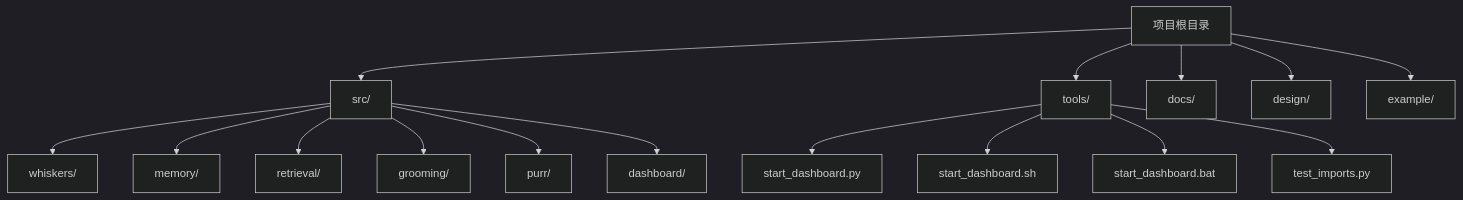
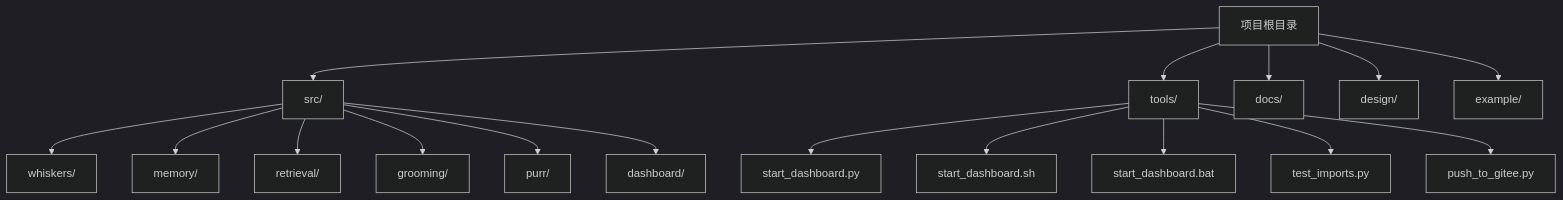
The first of 3 diagrams in .qoder/repowiki/zh/content/安装与配置.md (JieGaoPrinceton/NecoRAG), drawn with Mermaid (dark theme) before and after one commit. The commit also changed other lines of this file and 3 other files, not shown here.

````diff
--- a/.qoder/repowiki/zh/content/安装与配置.md
+++ b/.qoder/repowiki/zh/content/安装与配置.md
@@ -43,18 +46,19 @@
 ```mermaid
 graph TB
 A["项目根目录"] --> B["src/"]
 A --> C["tools/"]
 A --> D["docs/"]
 A --> E["design/"]
 A --> F["example/"]
 B --> B1["whiskers/"]
 B --> B2["memory/"]
 B --> B3["retrieval/"]
 B --> B4["grooming/"]
 B --> B5["purr/"]
 B --> B6["dashboard/"]
 C --> C1["start_dashboard.py"]
 C --> C2["start_dashboard.sh"]
 C --> C3["start_dashboard.bat"]
 C --> C4["test_imports.py"]
+C --> C5["push_to_gitee.py"]
 ```
````
